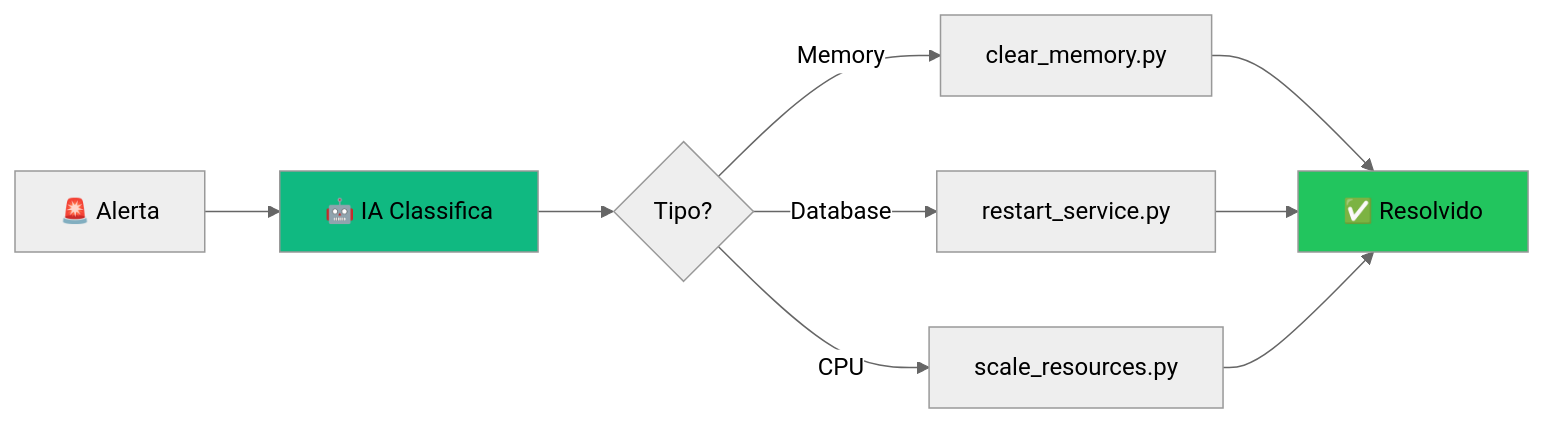
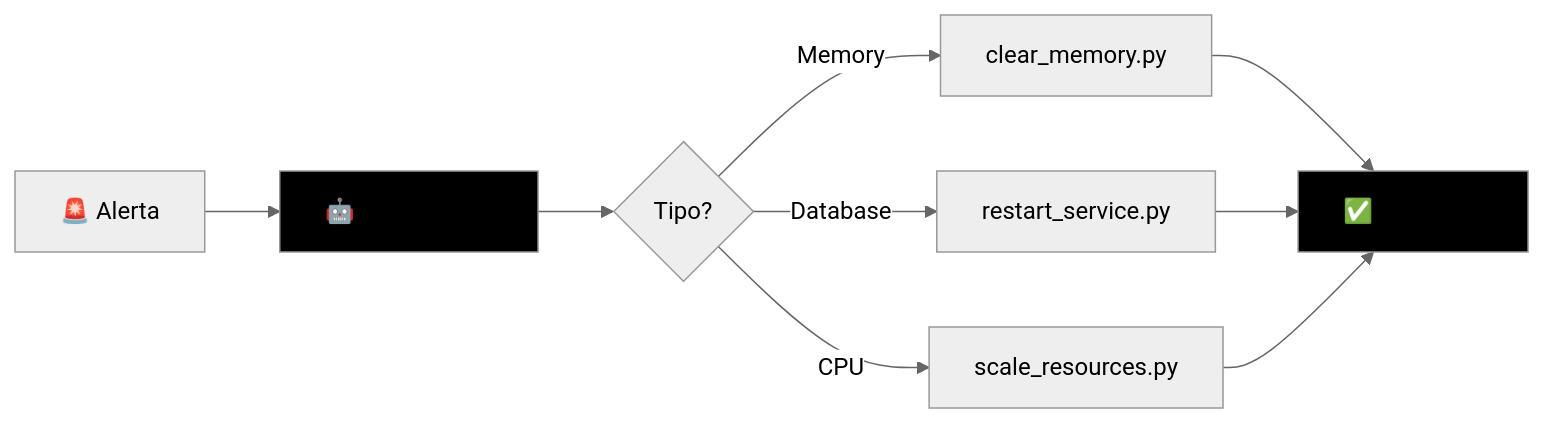
The first of 5 diagrams in VIDEO-7.3-PASSO-A-PASSO-v3.md (josenetoo/fiap-dclt-aula07), drawn with Mermaid (neutral theme) before and after one commit. The commit also changed other lines of this file and 5 other files, not shown here.

````diff
--- a/VIDEO-7.3-PASSO-A-PASSO-v3.md
+++ b/VIDEO-7.3-PASSO-A-PASSO-v3.md
@@ -53,14 +53,14 @@
 ```mermaid
 graph LR
     A[🚨 Alerta] --> B[🤖 IA Classifica]
     B --> C{Tipo?}
     C -->|Memory| D[clear_memory.py]
     C -->|Database| E[restart_service.py]
     C -->|CPU| F[scale_resources.py]
     D --> G[✅ Resolvido]
     E --> G
     F --> G
     
-    style B fill:#10b981
-    style G fill:#22c55e
+    style B fill:#000000
+    style G fill:#000000
 ```
````
